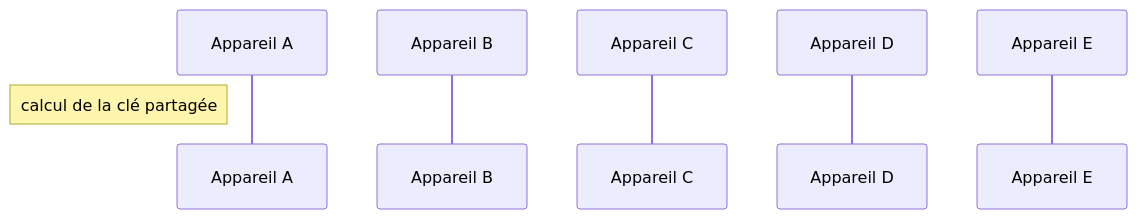
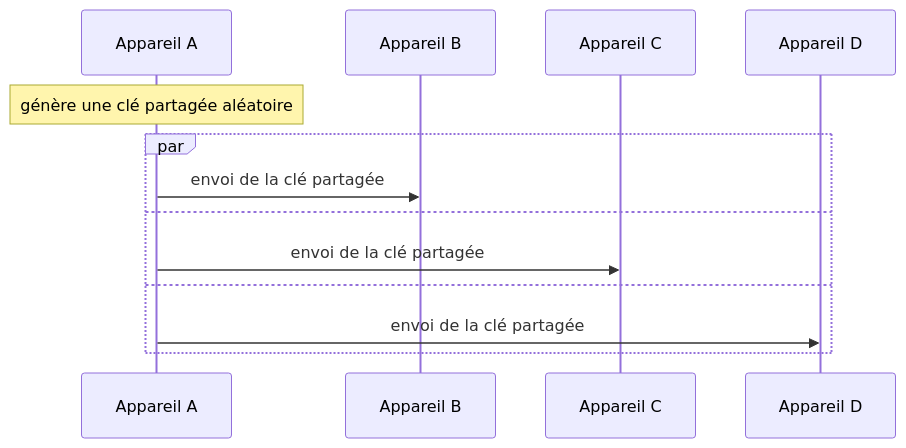
One commit to Relex12/Decentralized-Password-Manager changed the fifth of 8 diagrams in readme/03-FR-specifications.md. Above: the diagram before and after it, drawn with Mermaid. The commit also changed other lines of this file, not shown here.

````diff
--- a/readme/03-FR-specifications.md
+++ b/readme/03-FR-specifications.md
@@ -173,9 +280,15 @@
-```mermaid
-sequenceDiagram
+	```mermaid
+	sequenceDiagram
 	participant A as Appareil A
 	participant B as Appareil B
 	participant C as Appareil C
 	participant D as Appareil D
-	participant E as Appareil E
-	Note left of A : calcul de la clé partagée
-```
+	Note over A: génère une clé partagée aléatoire
+	par
+		A ->> B: envoi de la clé partagée
+	and
+		A ->> C: envoi de la clé partagée
+	and
+		A ->> D: envoi de la clé partagée
+	end
+	```
````
